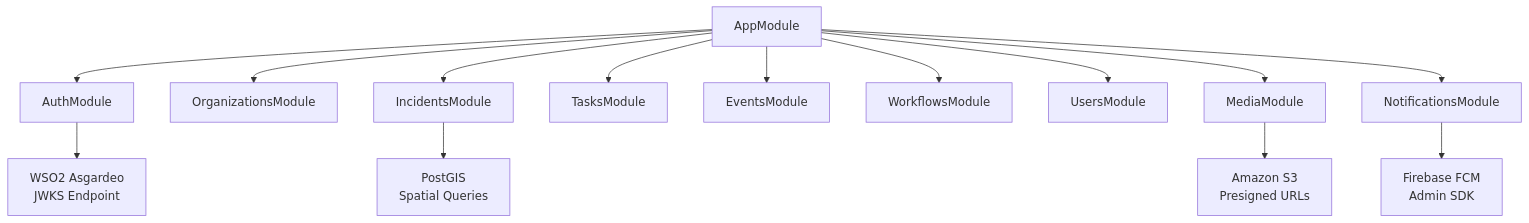
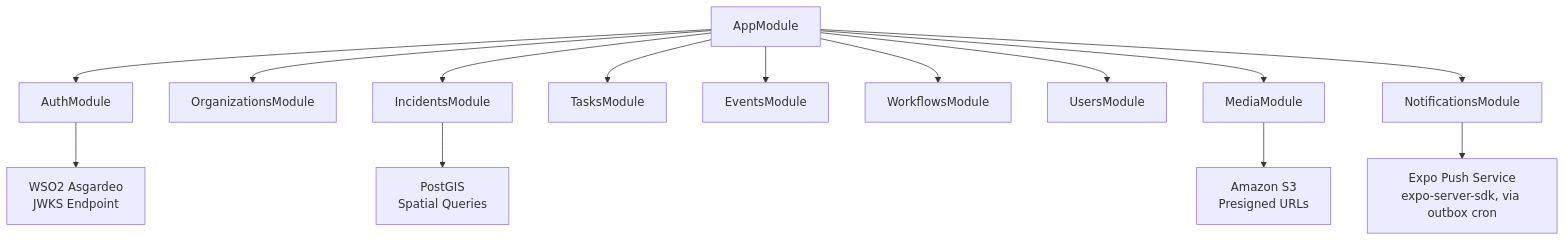
One commit to ecotrack-Group15-CS3203/ecotrack-docs changed the first of 2 diagrams in docs/05-components/backend-api.md. Above: the diagram before and after it, drawn with Mermaid. The commit also changed other lines of this file and 13 other files, not shown here.

````diff
--- a/docs/05-components/backend-api.md
+++ b/docs/05-components/backend-api.md
@@ -14,17 +14,17 @@
 ```mermaid
 graph TD
   App[AppModule] --> Auth[AuthModule]
   App --> Orgs[OrganizationsModule]
   App --> Incidents[IncidentsModule]
   App --> Tasks[TasksModule]
   App --> Events[EventsModule]
   App --> Workflows[WorkflowsModule]
   App --> Users[UsersModule]
   App --> Media[MediaModule]
   App --> Notifications[NotificationsModule]
 
   Auth --> Asgardeo[WSO2 Asgardeo\nJWKS Endpoint]
   Incidents --> PostGIS[PostGIS\nSpatial Queries]
   Media --> S3[Amazon S3\nPresigned URLs]
-  Notifications --> FCM[Firebase FCM\nAdmin SDK]
+  Notifications --> Expo[Expo Push Service\nexpo-server-sdk, via outbox cron]
 ```
````
